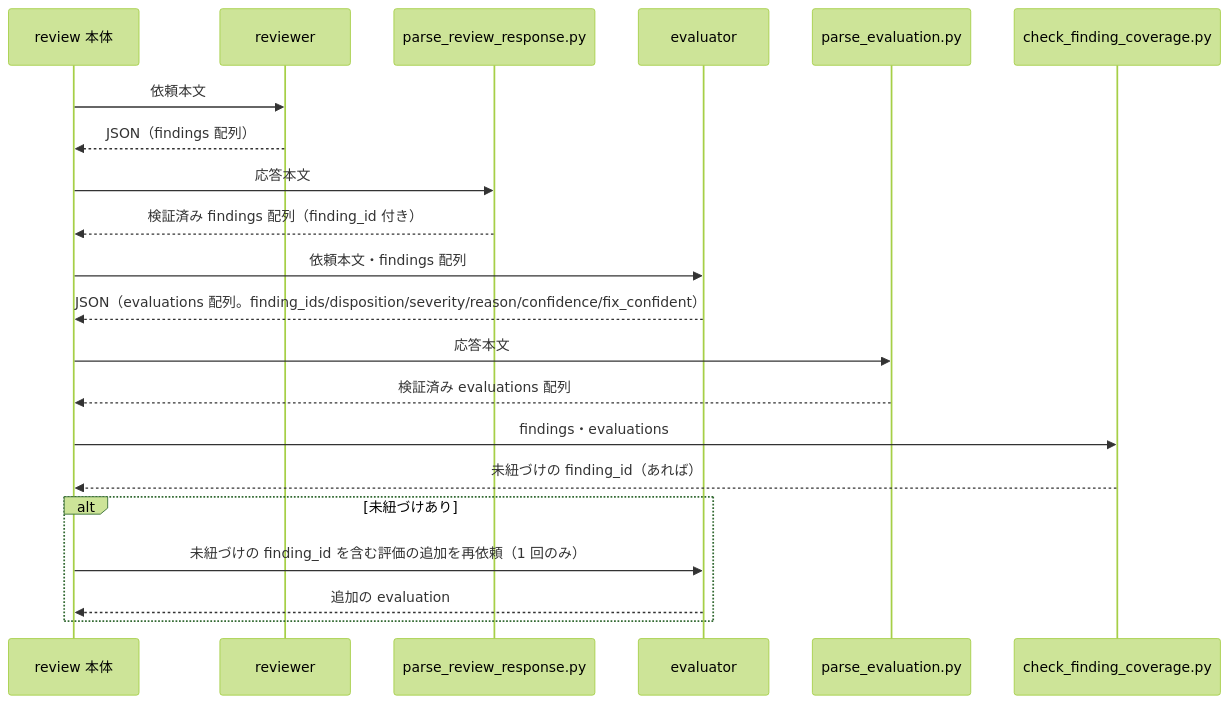
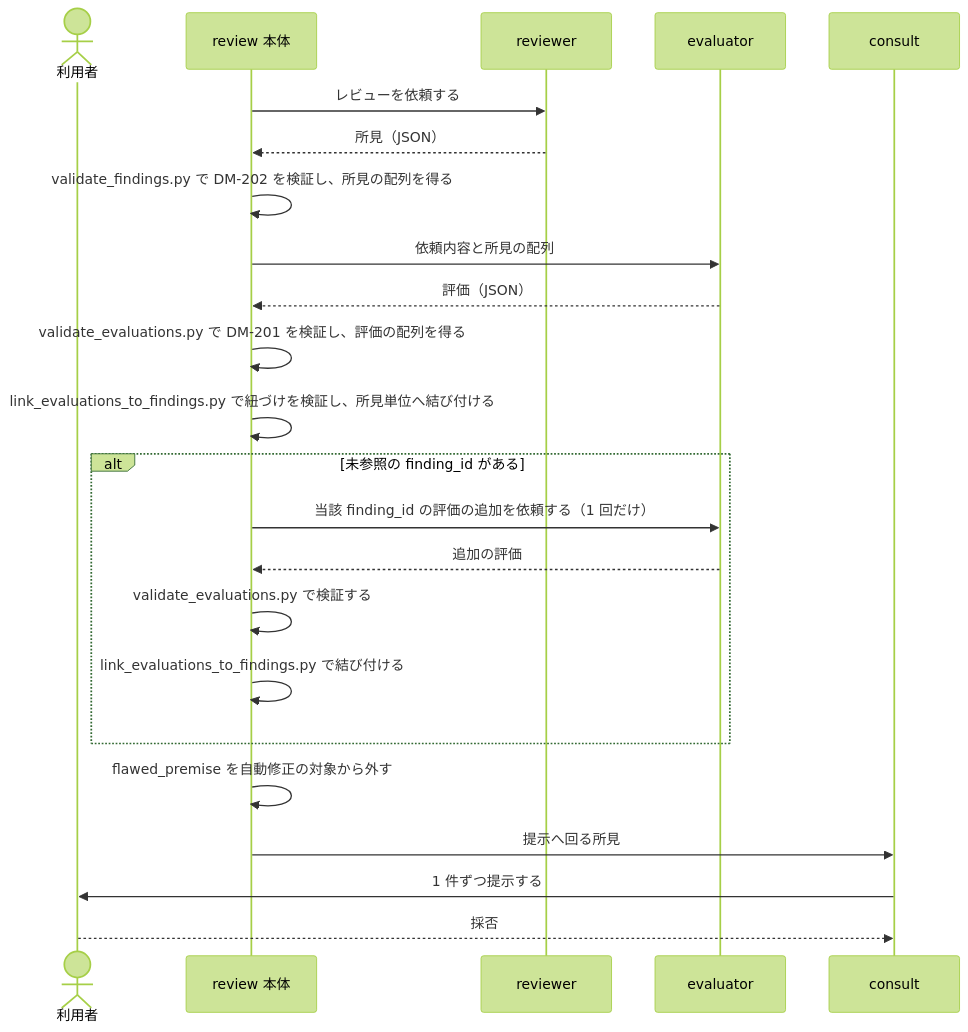
The diagram in docs/specs/evaluator-perspective/design/DES-083_evaluator_perspective_design.md (BlueEventHorizon/bw-cc-plugins), drawn with Mermaid (forest theme) before and after one commit. The commit also changed other lines of this file and 2 other files, not shown here.

````diff
--- a/docs/specs/evaluator-perspective/design/DES-083_evaluator_perspective_design.md
+++ b/docs/specs/evaluator-perspective/design/DES-083_evaluator_perspective_design.md
@@ -91,24 +22,26 @@
 ```mermaid
 sequenceDiagram
-    participant B as review 本体
+    actor Human as 利用者
+    participant Body as review 本体
     participant R as reviewer
-    participant PR as parse_review_response.py
     participant E as evaluator
-    participant PE as parse_evaluation.py
-    participant CC as check_finding_coverage.py
+    participant C as consult
 
-    B->>R: 依頼本文
-    R-->>B: JSON（findings 配列）
-    B->>PR: 応答本文
-    PR-->>B: 検証済み findings 配列（finding_id 付き）
-    B->>E: 依頼本文・findings 配列
-    E-->>B: JSON（evaluations 配列。finding_ids/disposition/severity/reason/confidence/fix_confident）
-    B->>PE: 応答本文
-    PE-->>B: 検証済み evaluations 配列
-    B->>CC: findings・evaluations
-    CC-->>B: 未紐づけの finding_id（あれば）
-    alt 未紐づけあり
-        B->>E: 未紐づけの finding_id を含む評価の追加を再依頼（1 回のみ）
-        E-->>B: 追加の evaluation
+    Body->>R: レビューを依頼する
+    R-->>Body: 所見（JSON）
+    Body->>Body: validate_findings.py で DM-202 を検証し、所見の配列を得る
+    Body->>E: 依頼内容と所見の配列
+    E-->>Body: 評価（JSON）
+    Body->>Body: validate_evaluations.py で DM-201 を検証し、評価の配列を得る
+    Body->>Body: link_evaluations_to_findings.py で紐づけを検証し、所見単位へ結び付ける
+    alt 未参照の finding_id がある
+        Body->>E: 当該 finding_id の評価の追加を依頼する（1 回だけ）
+        E-->>Body: 追加の評価
+        Body->>Body: validate_evaluations.py で検証する
+        Body->>Body: link_evaluations_to_findings.py で結び付ける
     end
+    Body->>Body: flawed_premise を自動修正の対象から外す
+    Body->>C: 提示へ回る所見
+    C->>Human: 1 件ずつ提示する
+    Human-->>C: 採否
 ```
````
